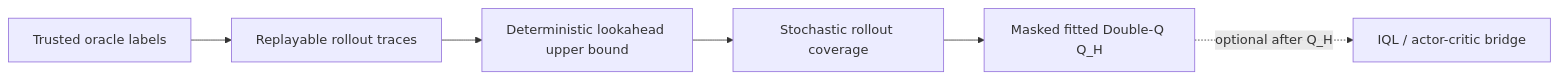
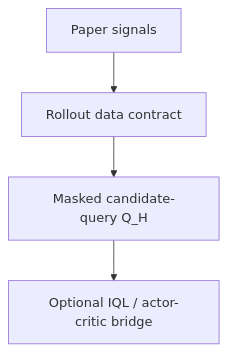
Before and after one commit to JanDuchscherer104/ARIA-NBV: the diagram in docs/contents/literature/rl_planning.qmd, drawn with Mermaid. The commit also changed other lines of this file and 72 other files, not shown here.

````diff
--- a/docs/contents/literature/rl_planning.qmd
+++ b/docs/contents/literature/rl_planning.qmd
@@ -81,8 +22,6 @@
 ```{mermaid}
-flowchart LR
-  A["Trusted oracle labels"] --> B["Replayable rollout traces"]
-  B --> C["Deterministic lookahead upper bound"]
-  C --> D["Stochastic rollout coverage"]
-  D --> E["Masked fitted Double-Q Q_H"]
-  E -. "optional after Q_H" .-> F["IQL / actor-critic bridge"]
+flowchart TD
+  A["Paper signals"] --> B["Rollout data contract"]
+  B --> C["Masked candidate-query Q_H"]
+  C --> D["Optional IQL / actor-critic bridge"]
 ```
````
